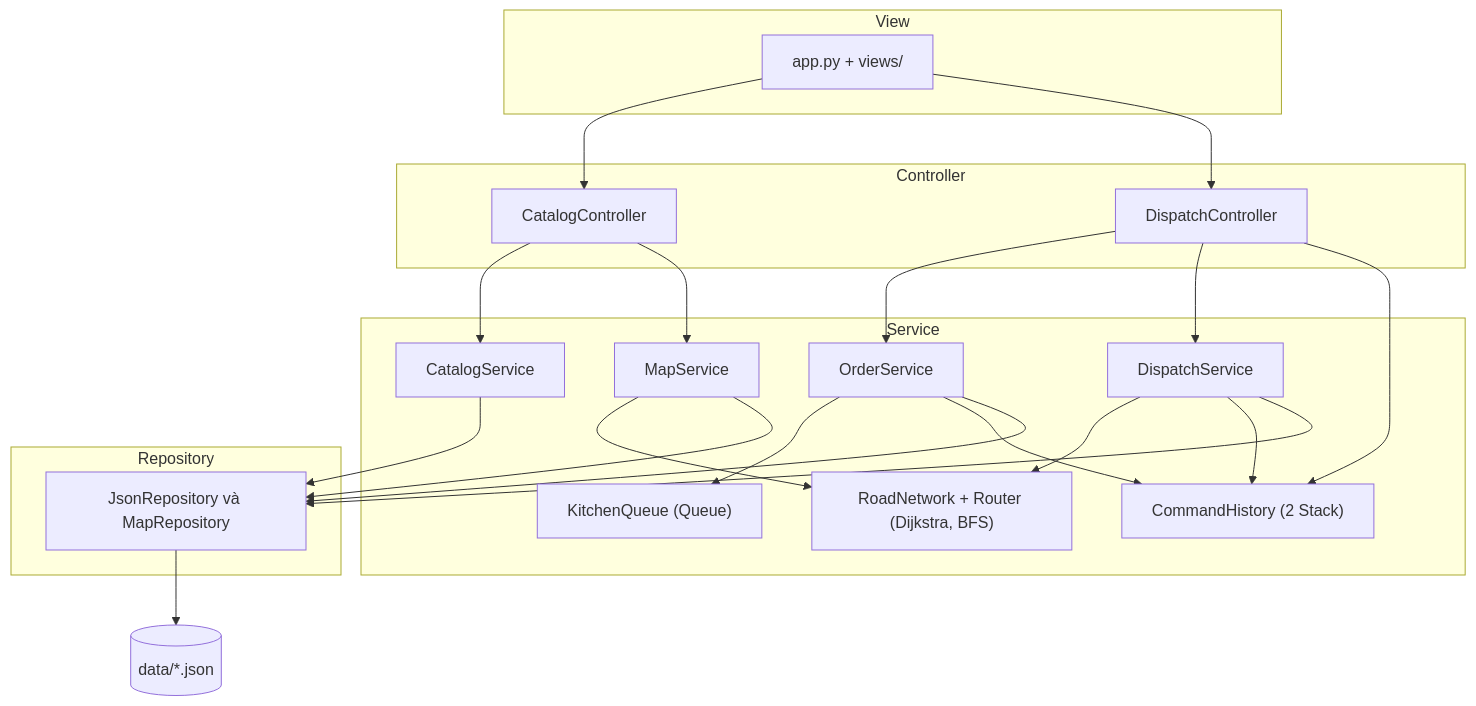
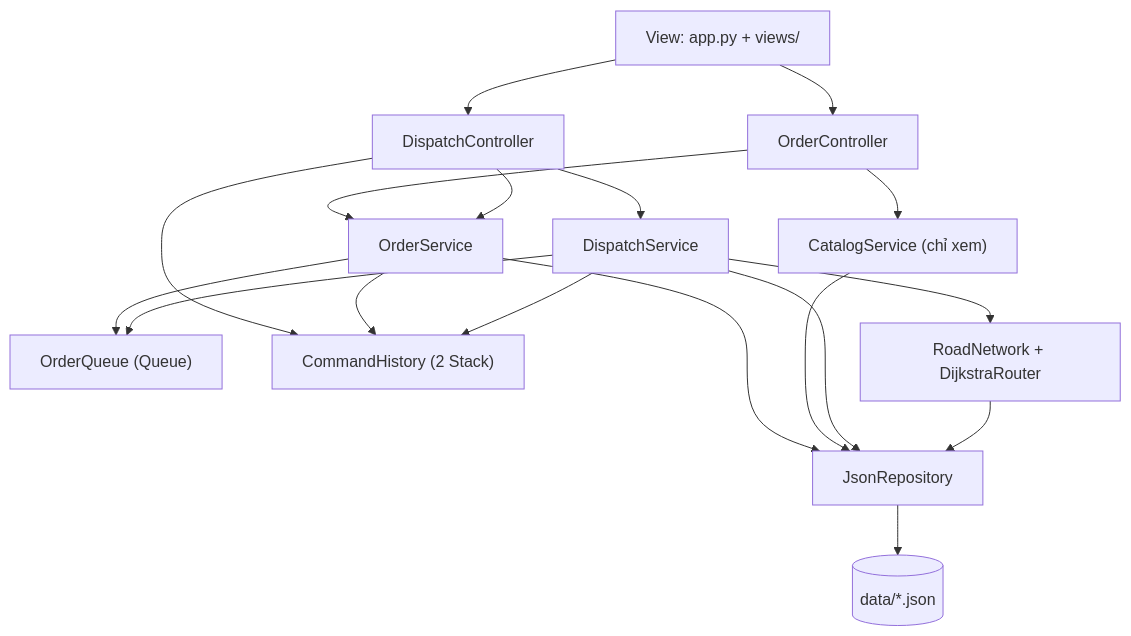
The first of 2 diagrams in docs/README.md (HcmusGo/Report-Module_1), drawn with Mermaid before and after one commit. The commit also changed other lines of this file and 29 other files, not shown here.

````diff
--- a/docs/README.md
+++ b/docs/README.md
@@ -92,41 +97,32 @@
 ```mermaid
 flowchart TB
-    subgraph V["View"]
-        APP["app.py + views/"]
-    end
-    subgraph C["Controller"]
-        CC[CatalogController]
-        DC[DispatchController]
-    end
-    subgraph S["Service"]
-        CS[CatalogService]
-        OS[OrderService]
-        DS[DispatchService]
-        MS[MapService]
-        KQ["KitchenQueue (Queue)"]
-        HI["CommandHistory (2 Stack)"]
-        RN["RoadNetwork + Router (Dijkstra, BFS)"]
-    end
-    subgraph R["Repository"]
-        RP["JsonRepository và MapRepository"]
-    end
+    APP["View: app.py + views/"]
+    OC[OrderController]
+    DC[DispatchController]
+    OS[OrderService]
+    CS["CatalogService (chỉ xem)"]
+    DS[DispatchService]
+    Q["OrderQueue (Queue)"]
+    H["CommandHistory (2 Stack)"]
+    RT["RoadNetwork + DijkstraRouter"]
+    RP["JsonRepository"]
     DATA[("data/*.json")]
 
-    APP --> CC
+    APP --> OC
     APP --> DC
-    CC --> CS
-    CC --> MS
+    OC --> OS
+    OC --> CS
     DC --> OS
     DC --> DS
-    DC --> HI
-    OS --> KQ
-    OS --> HI
-    DS --> RN
-    DS --> HI
-    MS --> RN
+    DC --> H
+    OS --> Q
+    OS --> H
+    DS --> RT
+    DS --> Q
+    DS --> H
+    OS --> RP
     CS --> RP
-    OS --> RP
     DS --> RP
-    MS --> RP
+    RT --> RP
     RP --> DATA
 ```
````
